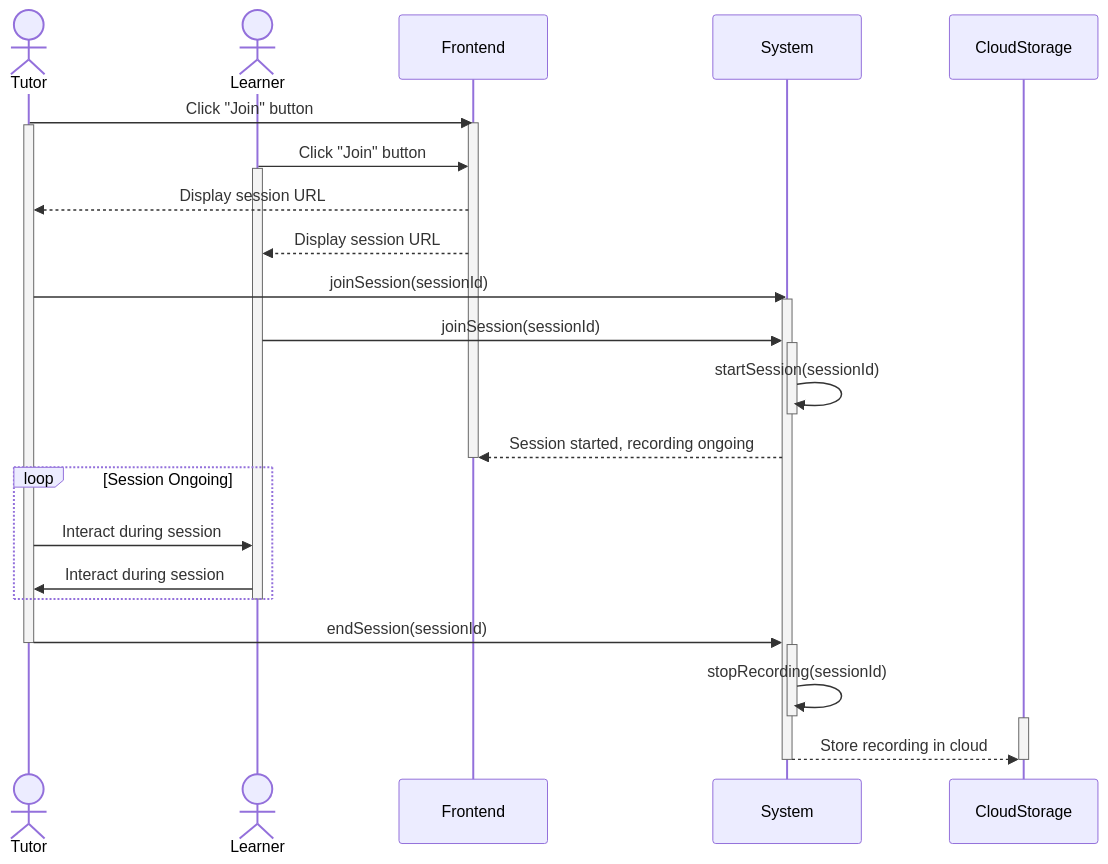
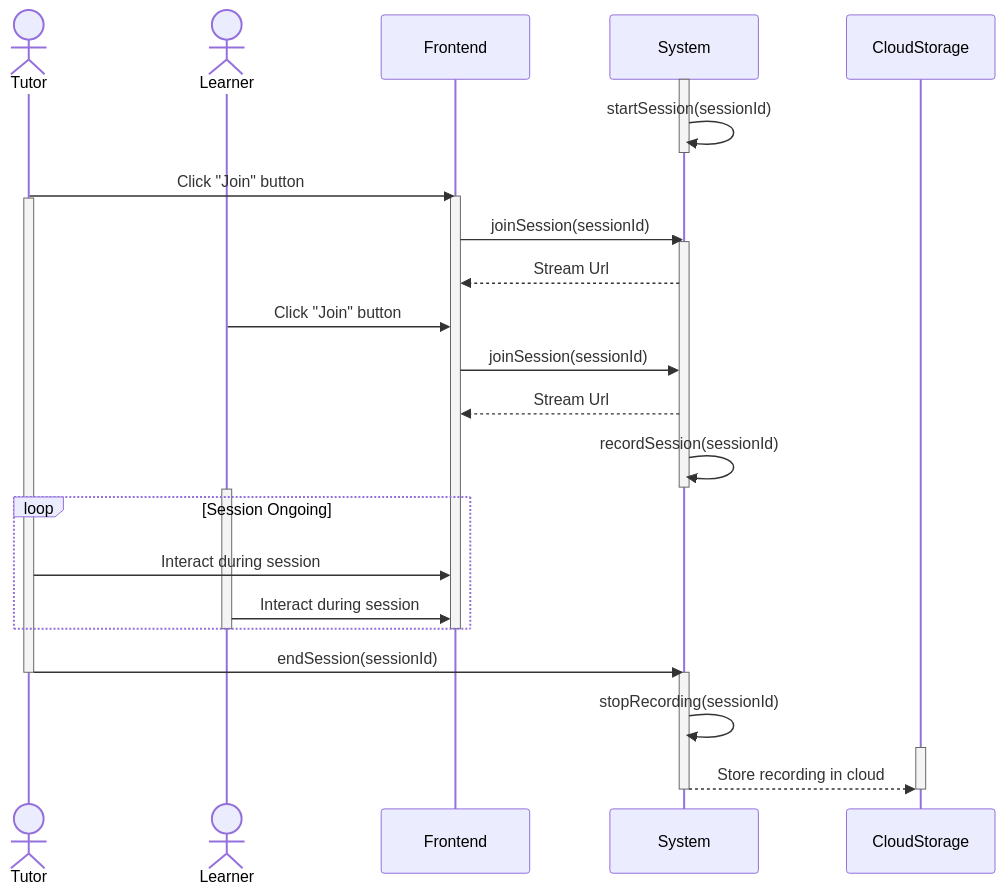
The diagram in hostAndRecordSession.mermaid (Shaar03/Diagrams), drawn with Mermaid before and after one commit.

Commit message:
logical shit

```diff
--- a/hostAndRecordSession.mermaid
+++ b/hostAndRecordSession.mermaid
@@ -1,39 +1,38 @@
 sequenceDiagram
     actor Tutor
     actor Learner
     participant Frontend
     participant System
-    participant CloudStorage
+
+    activate System
+    System->>System: startSession(sessionId)
+    deactivate System
 
     Tutor->>Frontend: Click "Join" button
     activate Frontend
     activate Tutor
+    
+    Frontend->>System: joinSession(sessionId)
+    activate System
+    System-->>Frontend: Stream Url
     Learner->>Frontend: Click "Join" button
+    Frontend->>System: joinSession(sessionId)
+    System-->>Frontend: Stream Url
+    System->>System: recordSession(sessionId)
+    deactivate System
     activate Learner
-    Frontend-->>Tutor: Display session URL
-    Frontend-->>Learner: Display session URL
-
-    Tutor->>System: joinSession(sessionId)
-    activate System
-    Learner->>System: joinSession(sessionId)
-    activate System
-    System->>System: startSession(sessionId)
-    deactivate System
-    System-->>Frontend: Session started, recording ongoing
+    loop Session Ongoing
+        Tutor->>Frontend: Interact during session
+        Learner->>Frontend: Interact during session
+    end
     deactivate Frontend
-
-    loop Session Ongoing
-        Tutor->>Learner: Interact during session
-        Learner->>Tutor: Interact during session
-    end
     deactivate Learner
 
     Tutor->>System: endSession(sessionId)
     deactivate Tutor
     activate System
     System->>System: stopRecording(sessionId)
-    deactivate System
     activate CloudStorage
     System-->>CloudStorage: Store recording in cloud
     deactivate System
     deactivate CloudStorage
```
